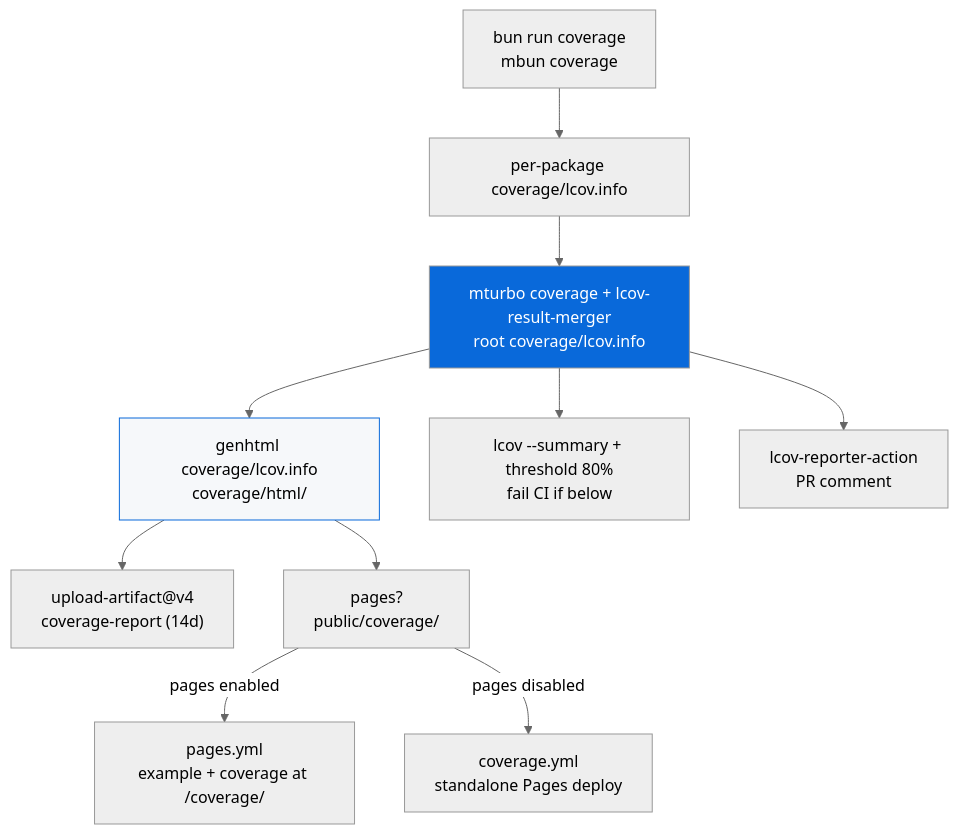
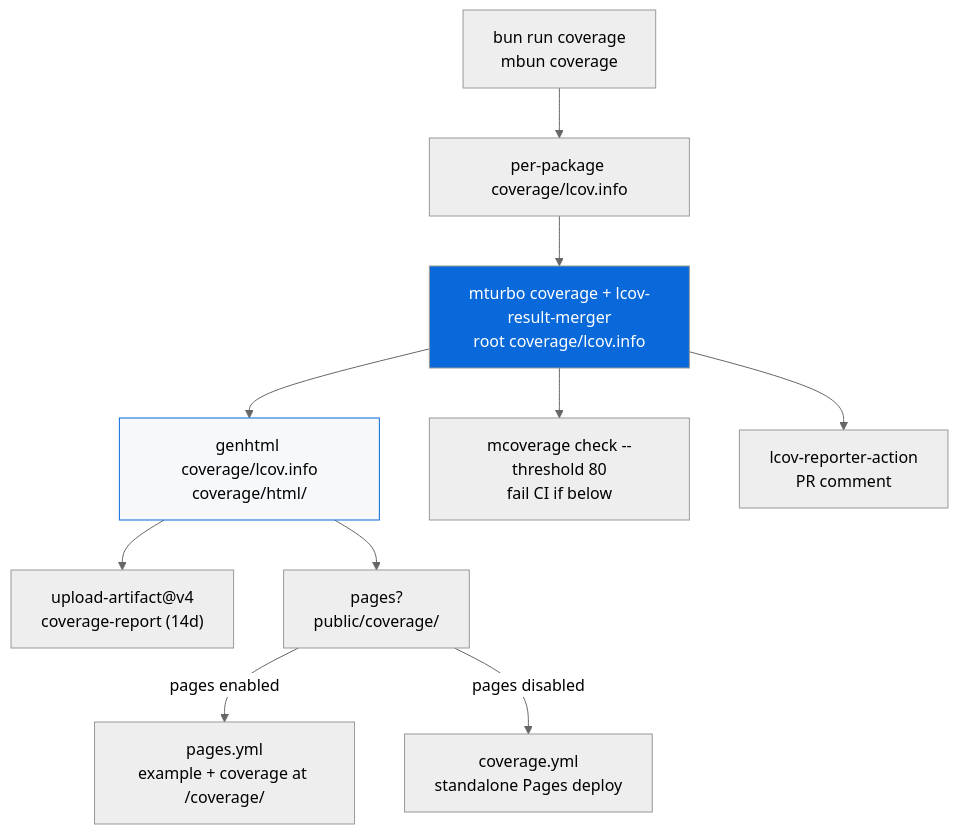
Before and after one commit to Archont561/ts-monorepo-template: the diagram in configs/coverage/README.md, drawn with Mermaid (neutral theme). The commit also changed other lines of this file and 15 other files, not shown here.

````diff
--- a/configs/coverage/README.md
+++ b/configs/coverage/README.md
@@ -19,15 +20,15 @@
 ```mermaid
 graph TD
     A["bun run coverage<br/>mbun coverage"] --> B["per-package coverage/lcov.info"]
     B --> C["mturbo coverage + lcov-result-merger<br/>root coverage/lcov.info"]
     C --> D["genhtml coverage/lcov.info<br/>coverage/html/"]
     D --> E["upload-artifact@v4<br/>coverage-report (14d)"]
     D --> F["pages?<br/>public/coverage/"]
     F -->|pages enabled| G["pages.yml<br/>example + coverage at /coverage/"]
     F -->|pages disabled| H["coverage.yml<br/>standalone Pages deploy"]
-    C --> I["lcov --summary + threshold 80%<br/>fail CI if below"]
+    C --> I["mcoverage check --threshold 80<br/>fail CI if below"]
     C --> J["lcov-reporter-action<br/>PR comment"]
 
     style C fill:#0969DA,color:#fff
     style D fill:#f6f8fa,stroke:#0969DA
 ```
````
